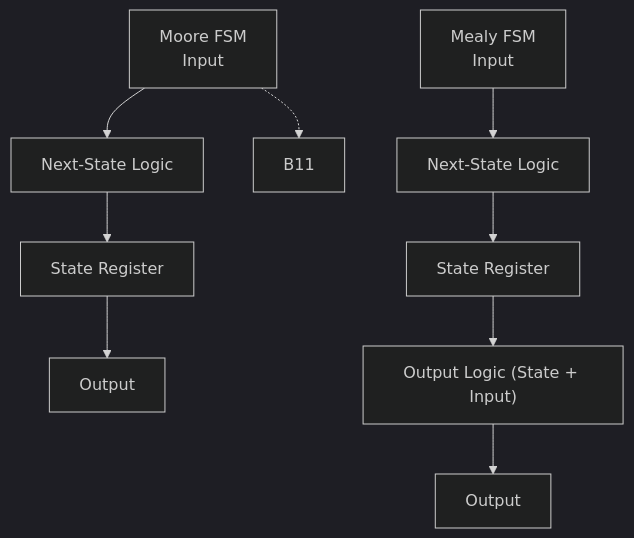
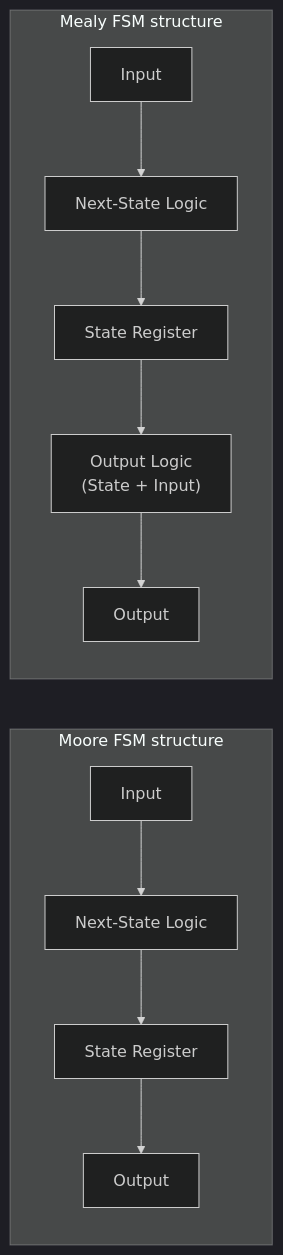
The third of 3 diagrams in chapter2_comb_logic/2.6_fsm_intro.md (Samizo-AITL/Edusemi-v4x), drawn with Mermaid (dark theme) before and after one commit.

````diff
--- a/chapter2_comb_logic/2.6_fsm_intro.md
+++ b/chapter2_comb_logic/2.6_fsm_intro.md
@@ -92,16 +92,19 @@
 ```mermaid
-flowchart TD
+flowchart LR
     %% Moore FSM
-    A1["Moore FSM<br>Input"] --> A2["Next-State Logic"]
-    A2 --> A3["State Register"]
-    A3 --> A4["Output"]
+    subgraph Moore_FSM [Moore FSM structure]
+        direction TB
+        A1["Input"] --> A2["Next-State Logic"]
+        A2 --> A3["State Register"]
+        A3 --> A4["Output"]
+    end
 
-    %% Mealy FSM（右側）
-    B1["Mealy FSM<br>Input"] --> B2["Next-State Logic"]
-    B2 --> B3["State Register"]
-    B3 --> B4["Output Logic (State + Input)"]
-    B4 --> B5["Output"]
-
-    %% invisible links to keep horizontal layout
-    A1 -.-> B11
+    %% Mealy FSM
+    subgraph Mealy_FSM [Mealy FSM structure]
+        direction TB
+        B1["Input"] --> B2["Next-State Logic"]
+        B2 --> B3["State Register"]
+        B3 --> B4["Output Logic<br>(State + Input)"]
+        B4 --> B5["Output"]
+    end
 ```    
````
